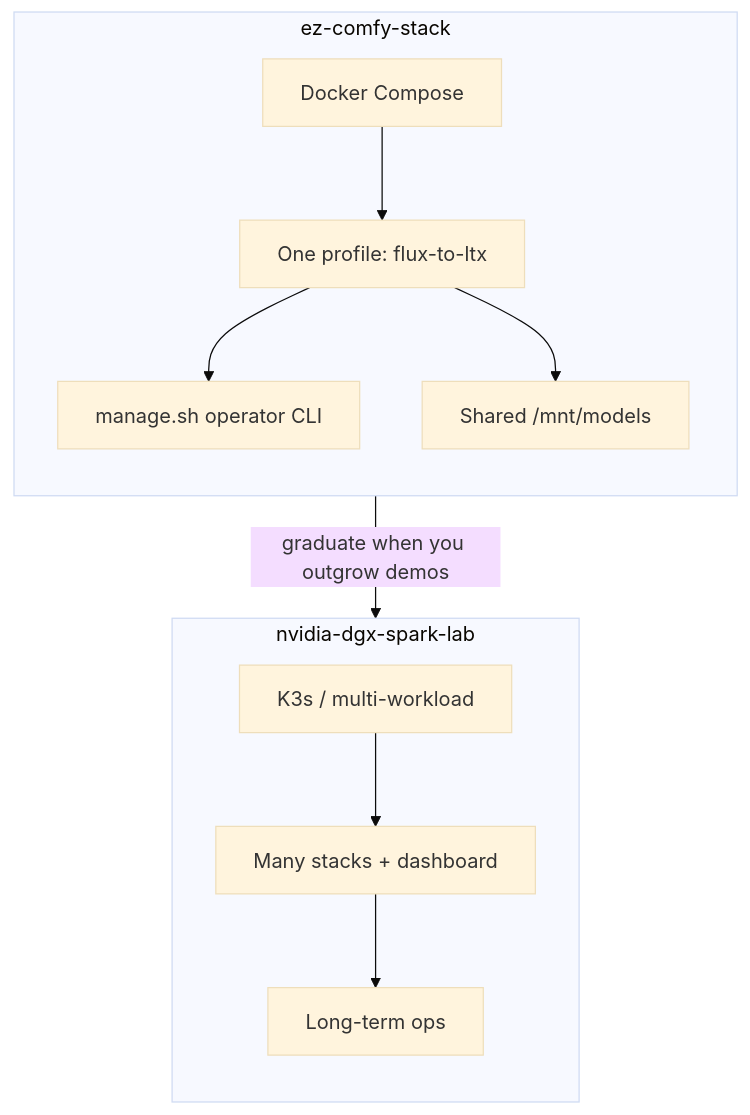
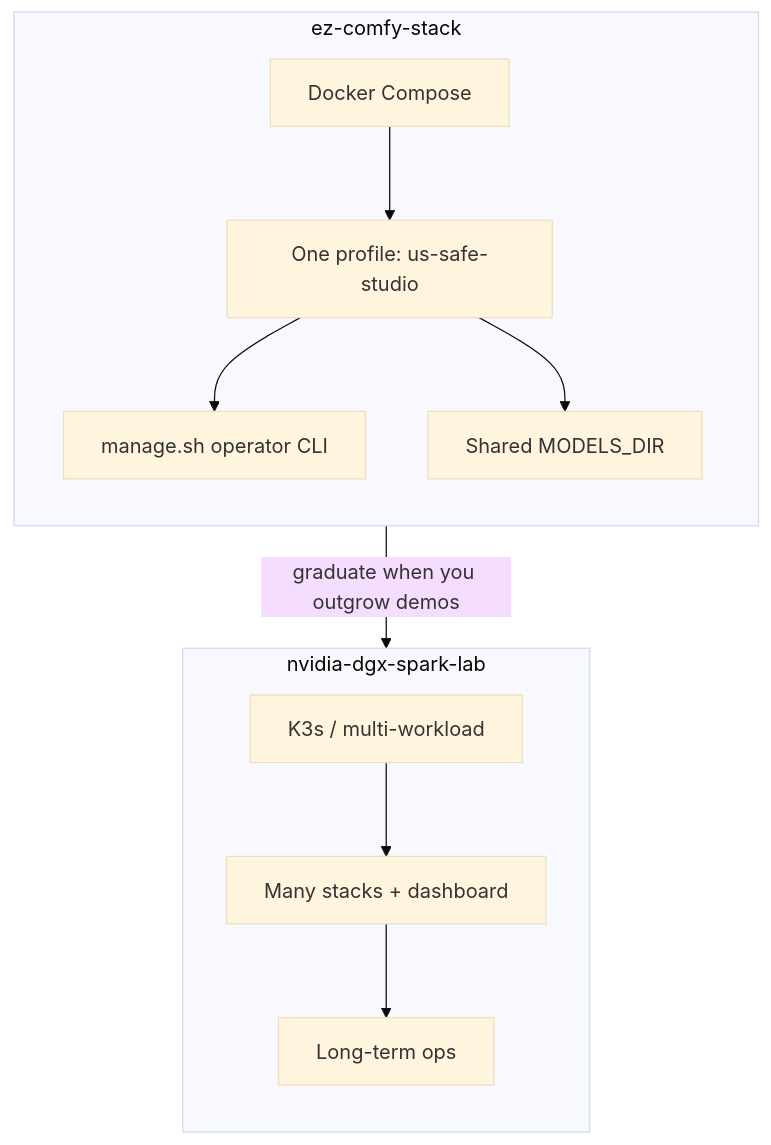
The first of 4 diagrams in docs/index.md (toxicoder/ez-comfy-stack), drawn with Mermaid (base theme) before and after one commit. The commit also changed other lines of this file and 142 other files, not shown here.

````diff
--- a/docs/index.md
+++ b/docs/index.md
@@ -38,20 +40,20 @@
 ```mermaid
 flowchart TB
   subgraph EZ["ez-comfy-stack"]
     direction TB
     E1["Docker Compose"]
-    E2["One profile: flux-to-ltx"]
+    E2["One profile: us-safe-studio"]
     E3["manage.sh operator CLI"]
-    E4["Shared /mnt/models"]
+    E4["Shared MODELS_DIR"]
     E1 --> E2 --> E3
     E2 --> E4
   end
   subgraph LAB["nvidia-dgx-spark-lab"]
     direction TB
     L1["K3s / multi-workload"]
     L2["Many stacks + dashboard"]
     L3["Long-term ops"]
     L1 --> L2 --> L3
   end
   EZ -->|"graduate when you outgrow demos"| LAB
 ```
````
